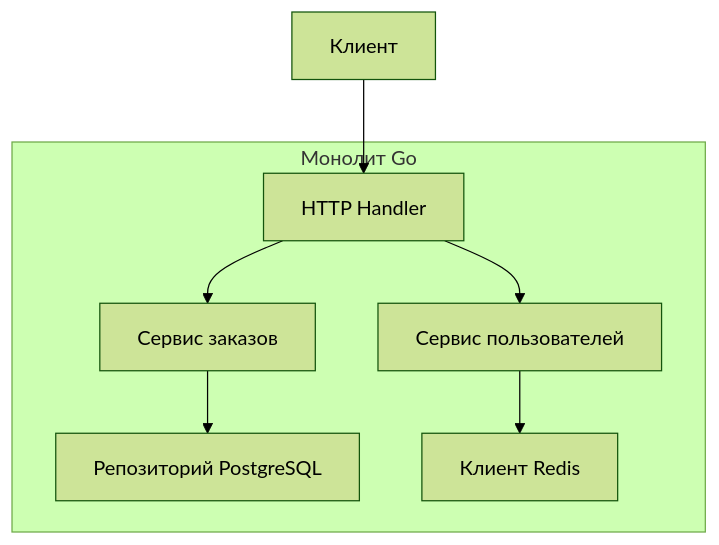
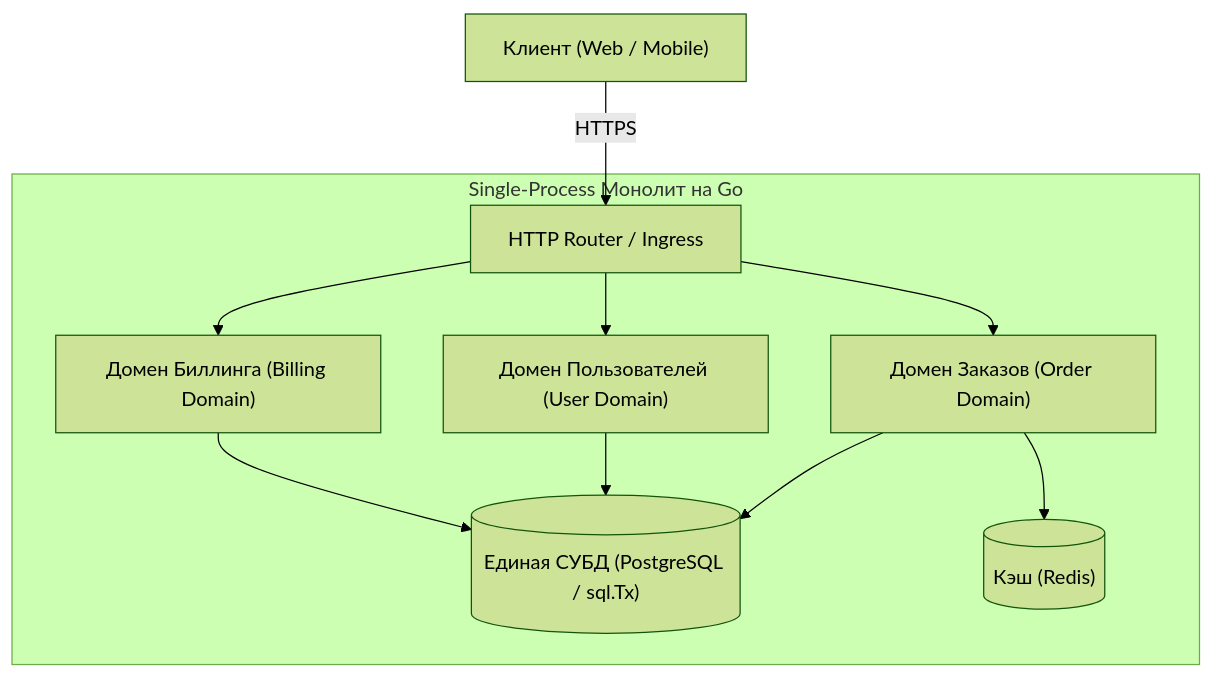
One commit to UnrealTemplier/go-textbook changed the first of 3 diagrams in sources/11. Архитектура и System Design/8. Монолит. Когда он хорош и когда становится проблемой.md. Above: the diagram before and after it, drawn with Mermaid (forest theme). The commit also changed other lines of this file, not shown here.

````diff
--- a/sources/11. Архитектура и System Design/8. Монолит. Когда он хорош и когда становится проблемой.md
+++ b/sources/11. Архитектура и System Design/8. Монолит. Когда он хорош и когда становится проблемой.md
@@ -16,16 +18,21 @@
 ```mermaid
 flowchart TD
-    subgraph Monolith["Монолит Go"]
-        M1["HTTP Handler"]
-        M2["Сервис заказов"]
-        M3["Сервис пользователей"]
-        M4["Репозиторий PostgreSQL"]
-        M5["Клиент Redis"]
+    subgraph Monolith["Single-Process Монолит на Go"]
+        M1["HTTP Router / Ingress"]
+        M2["Домен Заказов (Order Domain)"]
+        M3["Домен Пользователей (User Domain)"]
+        M4["Домен Биллинга (Billing Domain)"]
+        DB[("Единая СУБД (PostgreSQL / sql.Tx)")]
+        Cache[("Кэш (Redis)")]
+        
+        M1 --> M2
+        M1 --> M3
+        M1 --> M4
+        M2 --> DB
+        M3 --> DB
+        M4 --> DB
+        M2 --> Cache
     end
 
-    Client["Клиент"] --> M1
-    M1 --> M2
-    M1 --> M3
-    M2 --> M4
-    M3 --> M5
+    Client["Клиент (Web / Mobile)"] -->|"HTTPS"| M1
 ```
````
